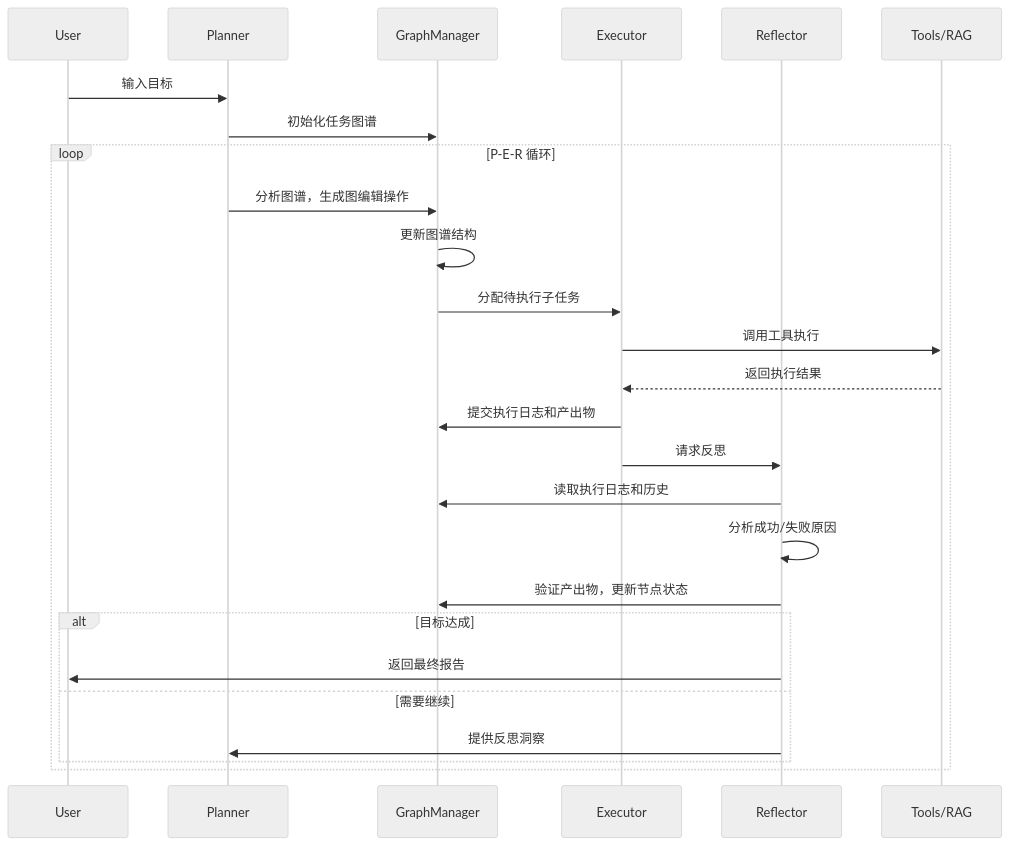
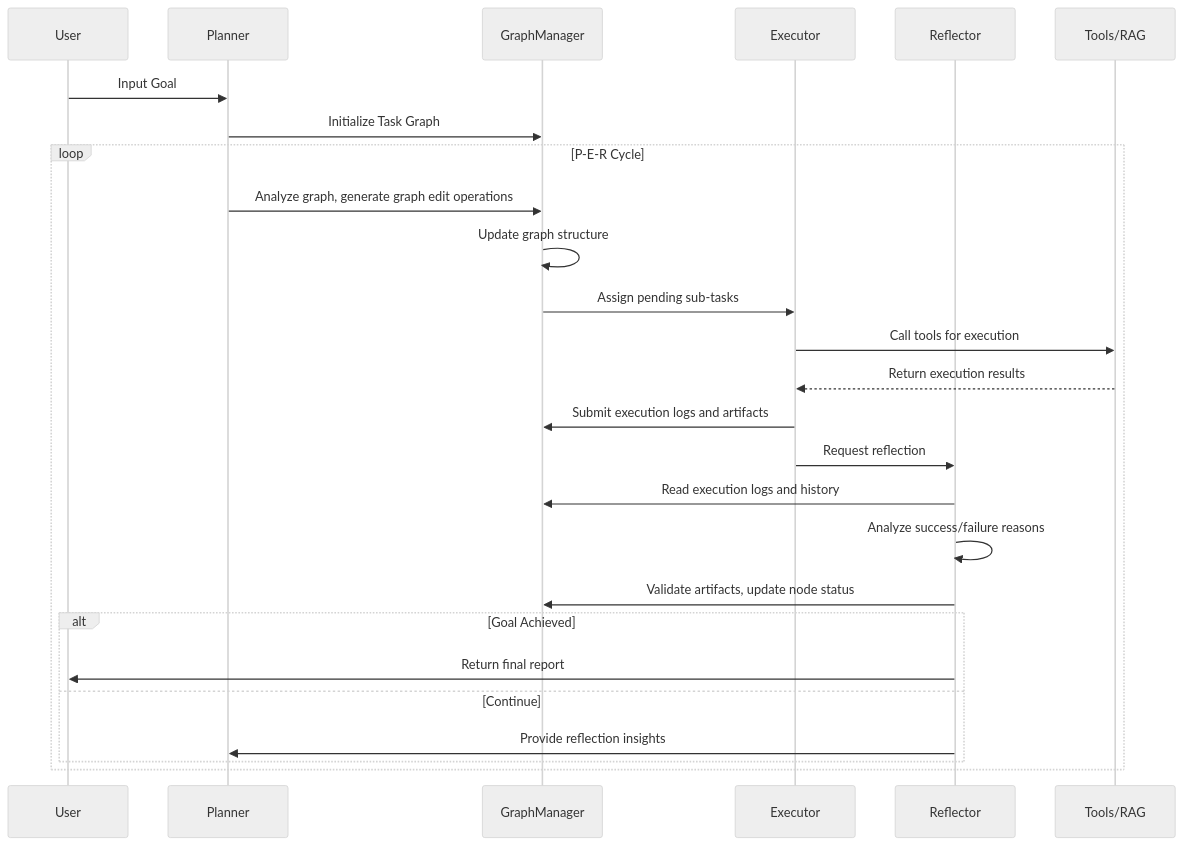
One commit to SanMuzZzZz/LuaN1aoAgent changed the second of 2 diagrams in README.md. Above: the diagram before and after it, drawn with Mermaid (neutral theme). The commit also changed other lines of this file and 1 other file, not shown here.

````diff
--- a/README.md
+++ b/README.md
@@ -354,33 +362,33 @@
 ```mermaid
 sequenceDiagram
     participant U as User
     participant P as Planner
     participant G as GraphManager
     participant E as Executor
     participant R as Reflector
     participant T as Tools/RAG
 
-    U->>P: 输入目标
-    P->>G: 初始化任务图谱
+    U->>P: Input Goal
+    P->>G: Initialize Task Graph
     
-    loop P-E-R 循环
-        P->>G: 分析图谱，生成图编辑操作
-        G->>G: 更新图谱结构
-        G->>E: 分配待执行子任务
+    loop P-E-R Cycle
+        P->>G: Analyze graph, generate graph edit operations
+        G->>G: Update graph structure
+        G->>E: Assign pending sub-tasks
         
-        E->>T: 调用工具执行
-        T-->>E: 返回执行结果
-        E->>G: 提交执行日志和产出物
+        E->>T: Call tools for execution
+        T-->>E: Return execution results
+        E->>G: Submit execution logs and artifacts
         
-        E->>R: 请求反思
-        R->>G: 读取执行日志和历史
-        R->>R: 分析成功/失败原因
-        R->>G: 验证产出物，更新节点状态
+        E->>R: Request reflection
+        R->>G: Read execution logs and history
+        R->>R: Analyze success/failure reasons
+        R->>G: Validate artifacts, update node status
         
-        alt 目标达成
-            R->>U: 返回最终报告
-        else 需要继续
-            R->>P: 提供反思洞察
+        alt Goal Achieved
+            R->>U: Return final report
+        else Continue
+            R->>P: Provide reflection insights
         end
     end
 ```
````
